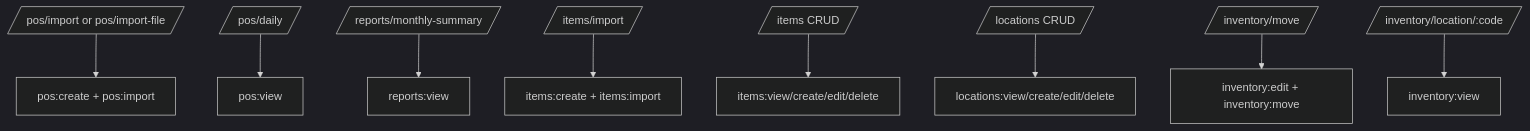
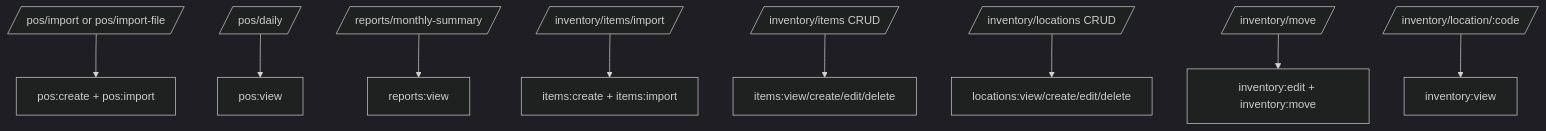
The third of 3 diagrams in docs/backend/api-reference.md (comp596-spring-2026/RetailSync), drawn with Mermaid (dark theme) before and after one commit. The commit also changed other lines of this file and 100 other files, not shown here.

````diff
--- a/docs/backend/api-reference.md
+++ b/docs/backend/api-reference.md
@@ -119,12 +120,12 @@
 ```mermaid
 flowchart TD
   A[/pos/import or pos/import-file/] --> P1[pos:create + pos:import]
   B[/pos/daily/] --> P2[pos:view]
   C[/reports/monthly-summary/] --> P3[reports:view]
 
-  D[/items/import/] --> P4[items:create + items:import]
-  E[/items CRUD/] --> P5[items:view/create/edit/delete]
-  F[/locations CRUD/] --> P6[locations:view/create/edit/delete]
+  D[/inventory/items/import/] --> P4[items:create + items:import]
+  E[/inventory/items CRUD/] --> P5[items:view/create/edit/delete]
+  F[/inventory/locations CRUD/] --> P6[locations:view/create/edit/delete]
   G[/inventory/move/] --> P7[inventory:edit + inventory:move]
   H[/inventory/location/:code/] --> P8[inventory:view]
 ```
````
